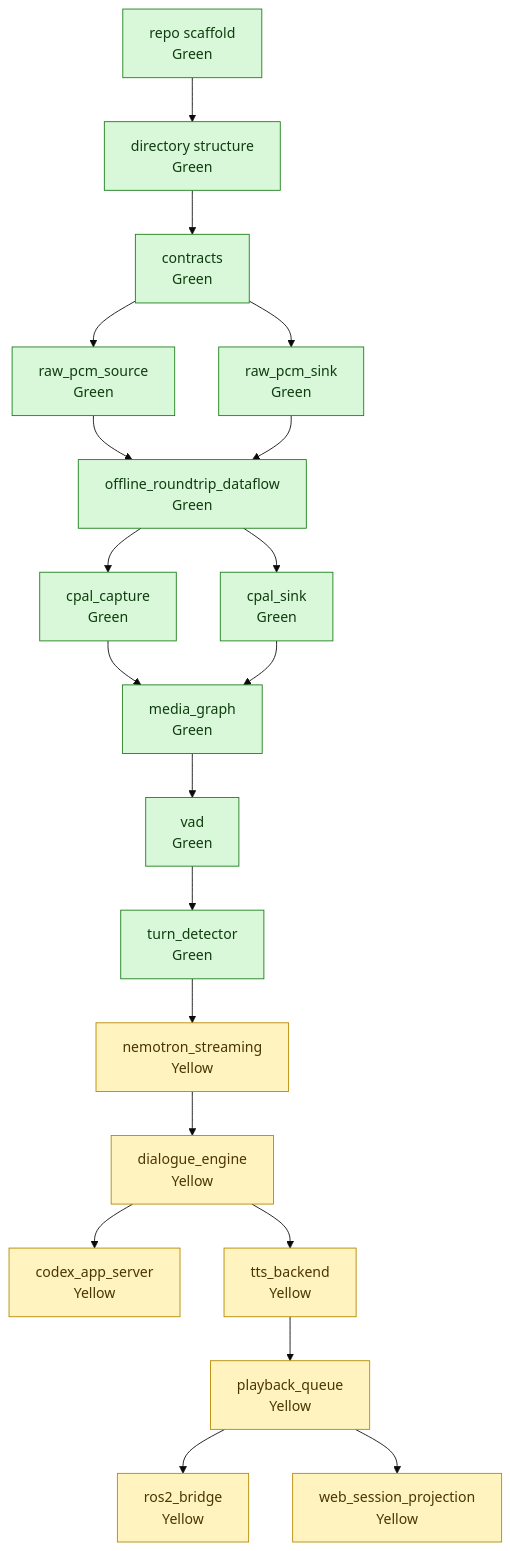
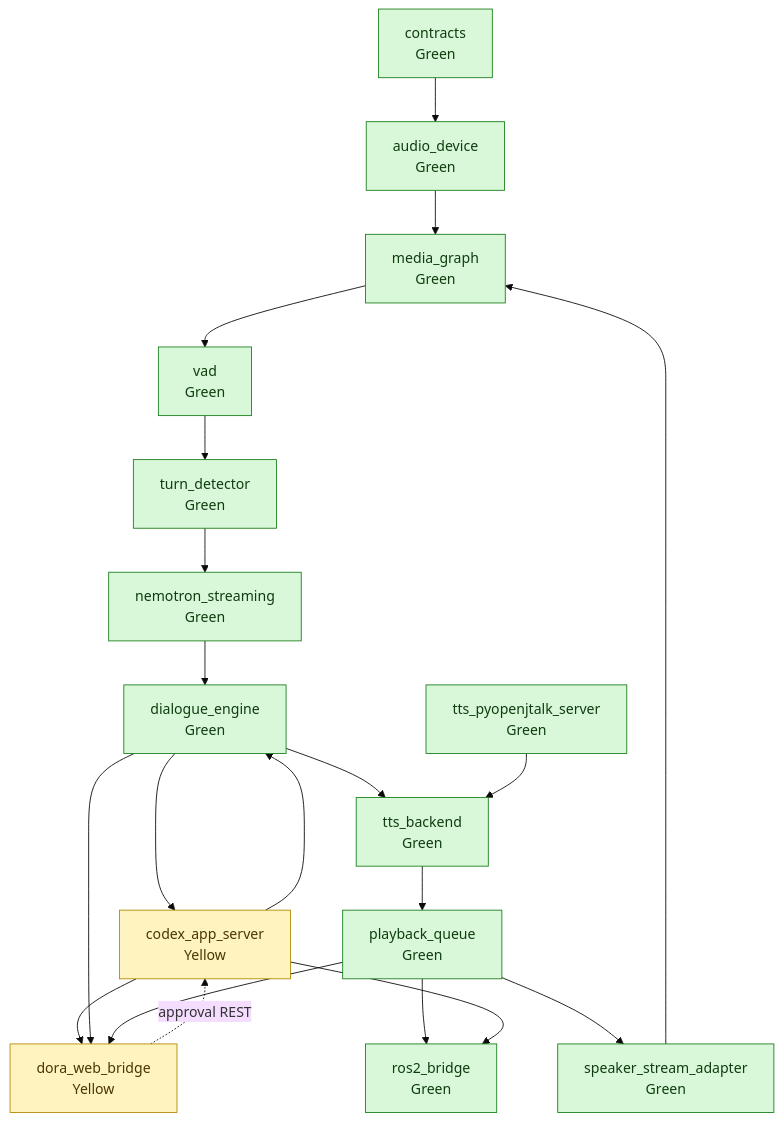
The diagram in docs/architecture/build-plan.md (Escenda/fluent-audio), drawn with Mermaid (base theme) before and after one commit. The commit also changed other lines of this file and 341 other files, not shown here.

````diff
--- a/docs/architecture/build-plan.md
+++ b/docs/architecture/build-plan.md
@@ -15,47 +30,42 @@
 ```mermaid
 flowchart TD
-    repo_scaffold["repo scaffold<br>Green"]
-    directory_structure["directory structure<br>Green"]
     contracts["contracts<br>Green"]
-    raw_pcm_source["raw_pcm_source<br>Green"]
-    raw_pcm_sink["raw_pcm_sink<br>Green"]
-    offline_roundtrip_dataflow["offline_roundtrip_dataflow<br>Green"]
-    cpal_capture["cpal_capture<br>Green"]
-    cpal_sink["cpal_sink<br>Green"]
+    audio_device["audio_device<br>Green"]
     media_graph["media_graph<br>Green"]
     vad["vad<br>Green"]
     turn_detector["turn_detector<br>Green"]
-    nemotron_streaming["nemotron_streaming<br>Yellow"]
-    dialogue_engine["dialogue_engine<br>Yellow"]
+    nemotron_streaming["nemotron_streaming<br>Green"]
+    dialogue_engine["dialogue_engine<br>Green"]
     codex_app_server["codex_app_server<br>Yellow"]
-    tts_backend["tts_backend<br>Yellow"]
-    playback_queue["playback_queue<br>Yellow"]
-    ros2_bridge["ros2_bridge<br>Yellow"]
-    web_session_projection["web_session_projection<br>Yellow"]
+    dora_web_bridge["dora_web_bridge<br>Yellow"]
+    tts_backend["tts_backend<br>Green"]
+    tts_pyopenjtalk_server["tts_pyopenjtalk_server<br>Green"]
+    playback_queue["playback_queue<br>Green"]
+    speaker_stream_adapter["speaker_stream_adapter<br>Green"]
+    ros2_bridge["ros2_bridge<br>Green"]
 
-    repo_scaffold --> directory_structure
-    directory_structure --> contracts
-    contracts --> raw_pcm_source
-    contracts --> raw_pcm_sink
-    raw_pcm_source --> offline_roundtrip_dataflow
-    raw_pcm_sink --> offline_roundtrip_dataflow
-    offline_roundtrip_dataflow --> cpal_capture
-    offline_roundtrip_dataflow --> cpal_sink
-    cpal_capture --> media_graph
-    cpal_sink --> media_graph
+    contracts --> audio_device
+    audio_device --> media_graph
     media_graph --> vad
     vad --> turn_detector
     turn_detector --> nemotron_streaming
     nemotron_streaming --> dialogue_engine
     dialogue_engine --> codex_app_server
+    codex_app_server --> dialogue_engine
     dialogue_engine --> tts_backend
+    tts_pyopenjtalk_server --> tts_backend
     tts_backend --> playback_queue
+    playback_queue --> speaker_stream_adapter
+    speaker_stream_adapter --> media_graph
+    codex_app_server --> dora_web_bridge
+    dialogue_engine --> dora_web_bridge
+    playback_queue --> dora_web_bridge
+    dora_web_bridge -. "approval REST" .-> codex_app_server
     playback_queue --> ros2_bridge
-    playback_queue --> web_session_projection
+    codex_app_server --> ros2_bridge
 
-    classDef verified fill:#d9f7d9,stroke:#1b7f1b,color:#0f3d0f;
-    classDef scaffold fill:#fff3bf,stroke:#b58900,color:#4a3600;
-    classDef missing fill:#ffd6d6,stroke:#b00020,color:#4a0000;
-    class repo_scaffold,directory_structure,contracts,raw_pcm_source,raw_pcm_sink,offline_roundtrip_dataflow,cpal_capture,cpal_sink,media_graph,vad,turn_detector verified;
-    class nemotron_streaming,dialogue_engine,codex_app_server,tts_backend,playback_queue,ros2_bridge,web_session_projection scaffold;
+    classDef green fill:#d9f7d9,stroke:#1b7f1b,color:#0f3d0f;
+    classDef yellow fill:#fff3bf,stroke:#b58900,color:#4a3600;
+    class contracts,audio_device,media_graph,vad,turn_detector,nemotron_streaming,dialogue_engine,tts_backend,tts_pyopenjtalk_server,playback_queue,speaker_stream_adapter,ros2_bridge green;
+    class codex_app_server,dora_web_bridge yellow;
 ```
````
